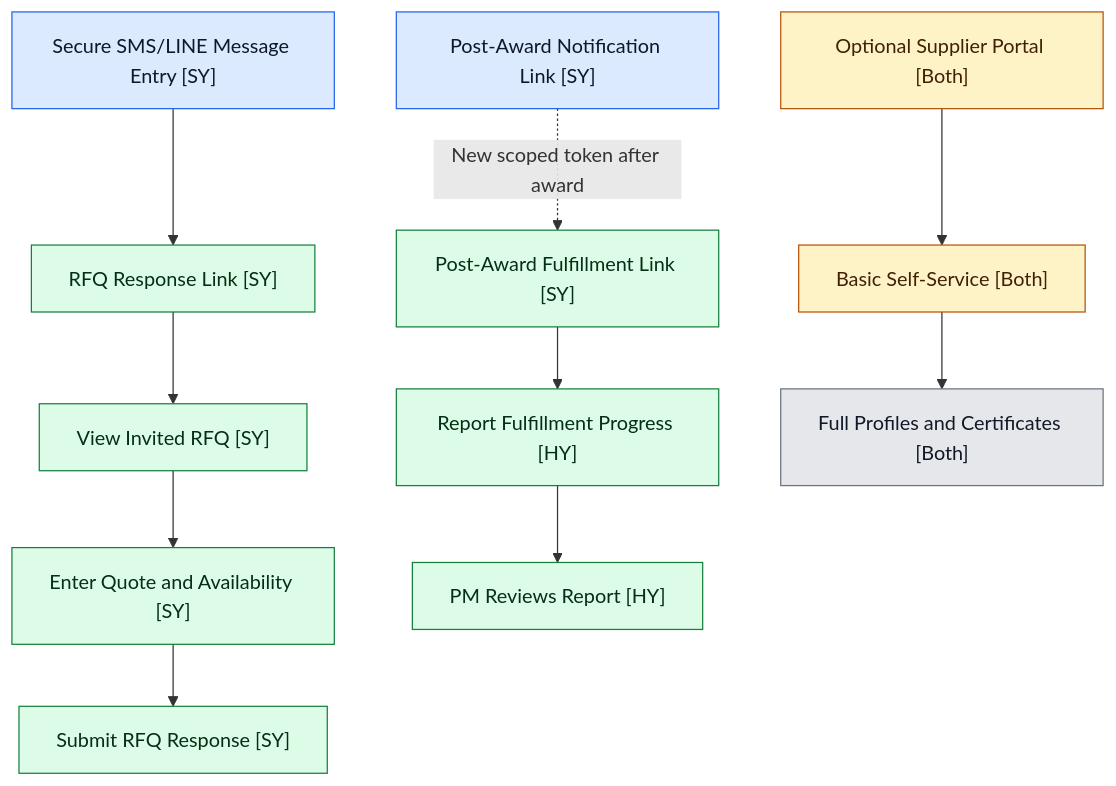
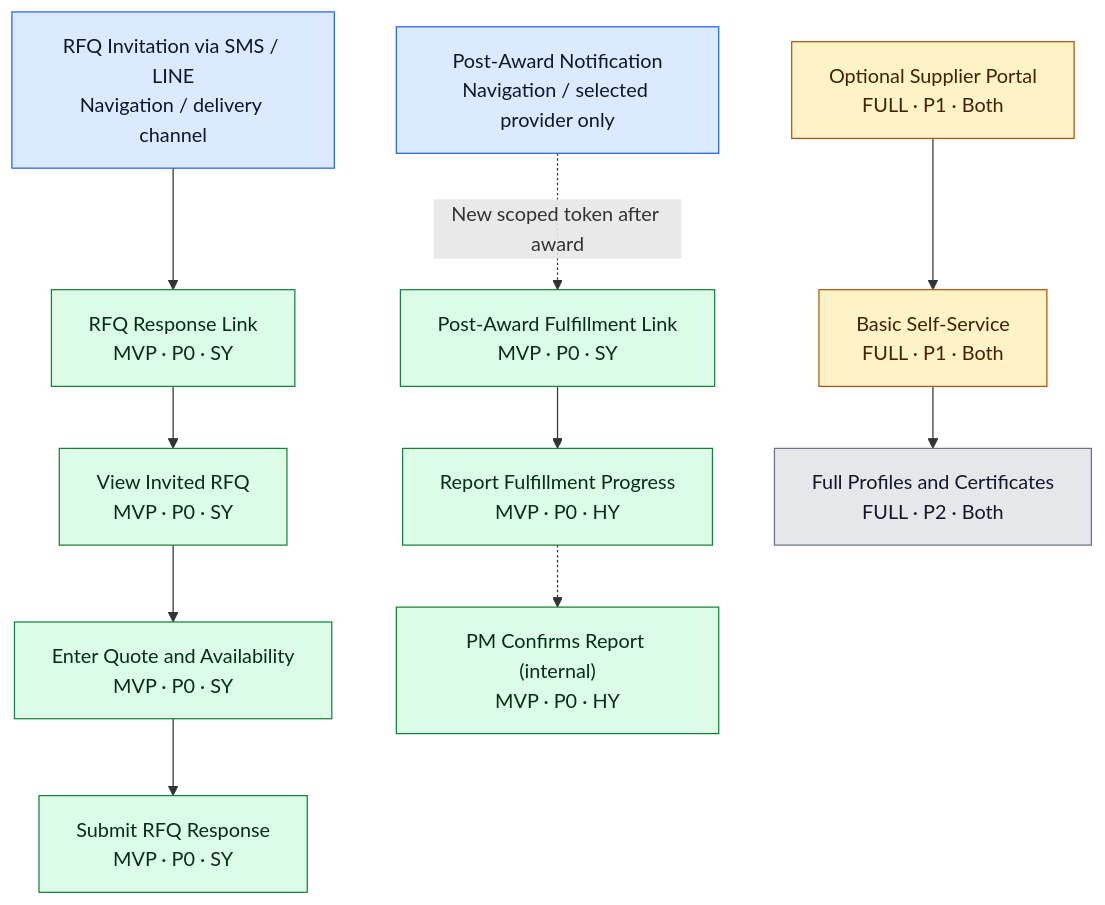
One commit to m11405502/Software-Business changed the second of 2 diagrams in README.md. Above: the diagram before and after it, drawn with Mermaid. The commit also changed other lines of this file, not shown here.

````diff
--- a/README.md
+++ b/README.md
@@ -73,24 +73,24 @@
 ```mermaid
 flowchart TB
-    RFQISSUE["Secure SMS/LINE Message Entry [SY]"] --> TOKEN1["RFQ Response Link [SY]"]
-    TOKEN1 --> VIEW["View Invited RFQ [SY]"]
-    VIEW --> REPLY["Enter Quote and Availability [SY]"]
-    REPLY --> SEND["Submit RFQ Response [SY]"]
+    RFQISSUE["RFQ Invitation via SMS / LINE<br/>Navigation / delivery channel"] --> TOKEN1["RFQ Response Link<br/>MVP · P0 · SY"]
+    TOKEN1 --> VIEW["View Invited RFQ<br/>MVP · P0 · SY"]
+    VIEW --> REPLY["Enter Quote and Availability<br/>MVP · P0 · SY"]
+    REPLY --> SEND["Submit RFQ Response<br/>MVP · P0 · SY"]
 
-    AWARD["Post-Award Notification Link [SY]"] -.->|"New scoped token after award"| TOKEN2["Post-Award Fulfillment Link [SY]"]
-    TOKEN2 --> UPD["Report Fulfillment Progress [HY]"]
-    UPD --> CONFIRM["PM Reviews Report [HY]"]
+    AWARD["Post-Award Notification<br/>Navigation / selected provider only"] -.->|"New scoped token after award"| TOKEN2["Post-Award Fulfillment Link<br/>MVP · P0 · SY"]
+    TOKEN2 --> UPD["Report Fulfillment Progress<br/>MVP · P0 · HY"]
+    UPD -.-> CONFIRM["PM Confirms Report (internal)<br/>MVP · P0 · HY"]
 
-    PORTAL["Optional Supplier Portal [Both]"] --> BASIC["Basic Self-Service [Both]"]
-    BASIC --> FULL["Full Profiles and Certificates [Both]"]
+    PORTAL["Optional Supplier Portal<br/>FULL · P1 · Both"] --> BASIC["Basic Self-Service<br/>FULL · P1 · Both"]
+    BASIC --> FULL["Full Profiles and Certificates<br/>FULL · P2 · Both"]
 
     classDef nav fill:#dbeafe,stroke:#2563eb,color:#0f172a;
     classDef p0 fill:#dcfce7,stroke:#15803d,color:#052e16;
     classDef p1 fill:#fef3c7,stroke:#b45309,color:#422006;
     classDef p2 fill:#e5e7eb,stroke:#6b7280,color:#111827;
-    
+
     class RFQISSUE,AWARD nav;
     class TOKEN1,VIEW,REPLY,SEND,TOKEN2,UPD,CONFIRM p0;
     class PORTAL,BASIC p1;
     class FULL p2;
 ```
````
